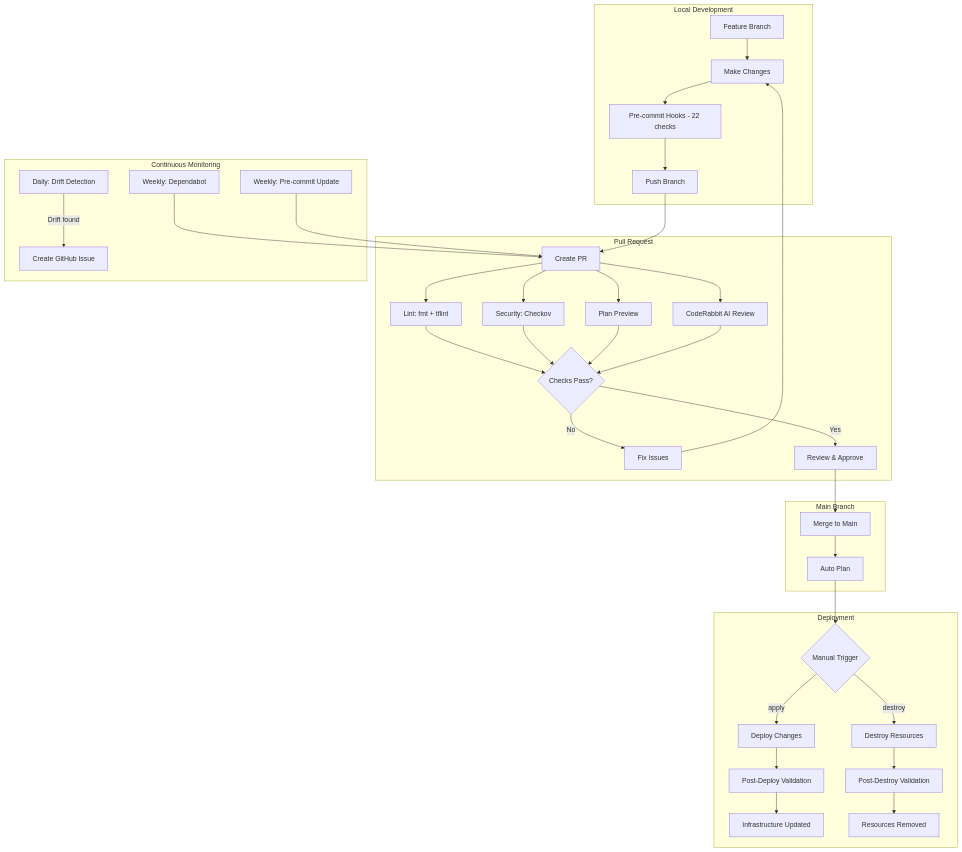
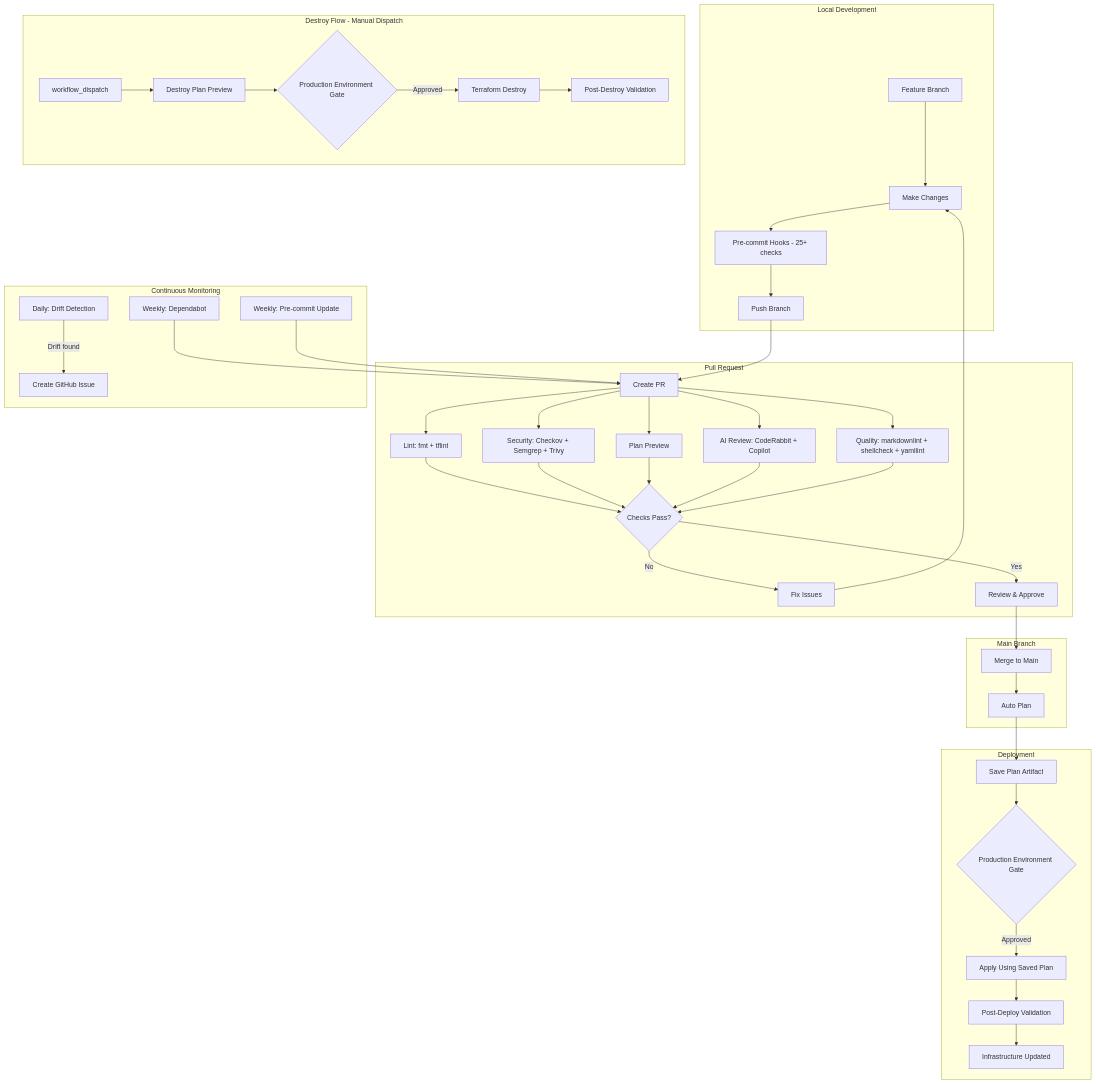
The diagram in docs/architecture.md (gamaware/aws-organization-governance), drawn with Mermaid before and after one commit. The commit also changed other lines of this file and 5 other files, not shown here.

First line of the commit message:
docs: add architecture diagrams and update ship skill

````diff
--- a/docs/architecture.md
+++ b/docs/architecture.md
@@ -124,41 +138,47 @@
 ```mermaid
 graph TB
     subgraph "Local Development"
         A[Feature Branch] --> B[Make Changes]
-        B --> C[Pre-commit Hooks - 22 checks]
+        B --> C[Pre-commit Hooks - 25+ checks]
         C --> D[Push Branch]
     end
 
     subgraph "Pull Request"
         D --> E[Create PR]
         E --> F1[Lint: fmt + tflint]
-        E --> F2[Security: Checkov]
+        E --> F2[Security: Checkov + Semgrep + Trivy]
         E --> F3[Plan Preview]
-        E --> F4[CodeRabbit AI Review]
-        F1 & F2 & F3 & F4 --> G{Checks Pass?}
+        E --> F4[AI Review: CodeRabbit + Copilot]
+        E --> F5[Quality: markdownlint + shellcheck + yamllint]
+        F1 & F2 & F3 & F4 & F5 --> G{Checks Pass?}
         G -->|No| H[Fix Issues]
         H --> B
         G -->|Yes| I[Review & Approve]
     end
 
     subgraph "Main Branch"
         I --> J[Merge to Main]
         J --> K[Auto Plan]
     end
 
     subgraph "Deployment"
-        K --> L{Manual Trigger}
-        L -->|apply| M[Deploy Changes]
-        M --> N[Post-Deploy Validation]
-        N --> O[Infrastructure Updated]
-        L -->|destroy| P[Destroy Resources]
-        P --> Q[Post-Destroy Validation]
-        Q --> R[Resources Removed]
+        K --> L[Save Plan Artifact]
+        L --> M{Production Environment Gate}
+        M -->|Approved| N[Apply Using Saved Plan]
+        N --> O[Post-Deploy Validation]
+        O --> P[Infrastructure Updated]
+    end
+
+    subgraph "Destroy Flow - Manual Dispatch"
+        Q[workflow_dispatch] --> R[Destroy Plan Preview]
+        R --> S{Production Environment Gate}
+        S -->|Approved| T[Terraform Destroy]
+        T --> U[Post-Destroy Validation]
     end
 
     subgraph "Continuous Monitoring"
-        S[Daily: Drift Detection] -->|Drift found| T[Create GitHub Issue]
-        U[Weekly: Dependabot] --> E
-        V[Weekly: Pre-commit Update] --> E
+        V[Daily: Drift Detection] -->|Drift found| W[Create GitHub Issue]
+        X[Weekly: Dependabot] --> E
+        Y[Weekly: Pre-commit Update] --> E
     end
 ```
````
